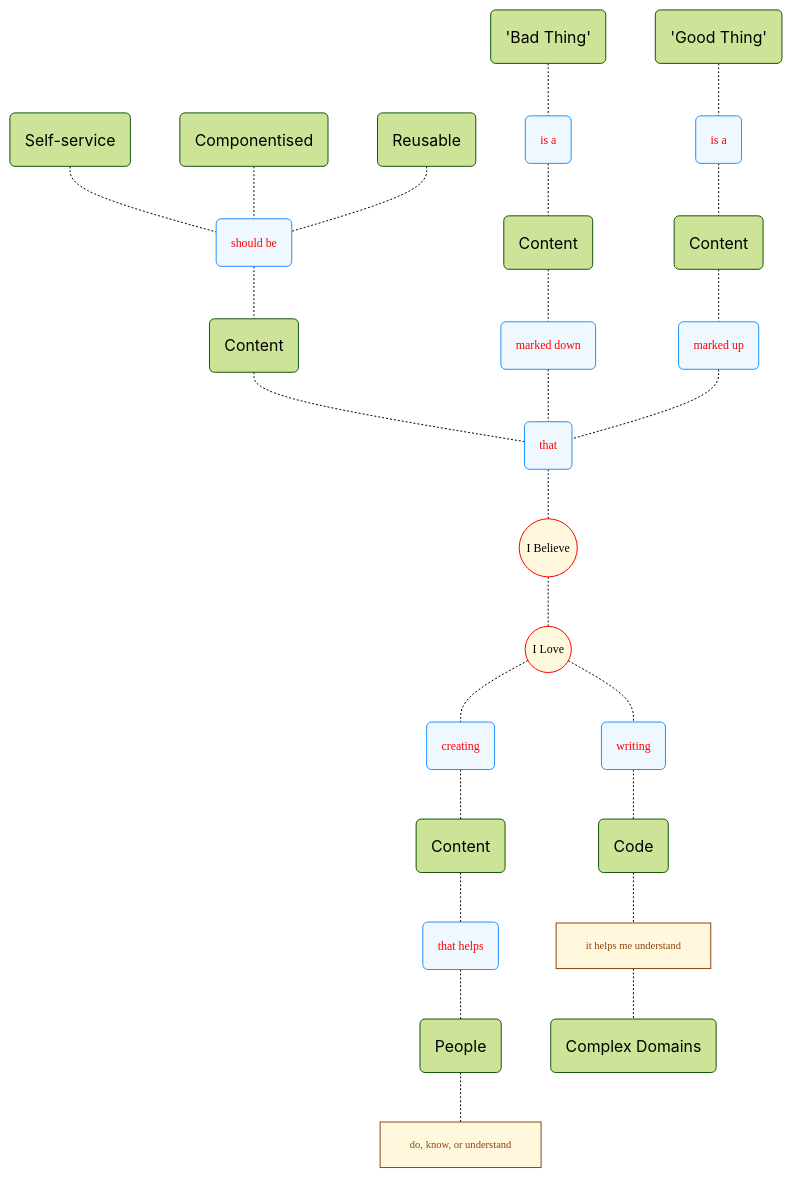
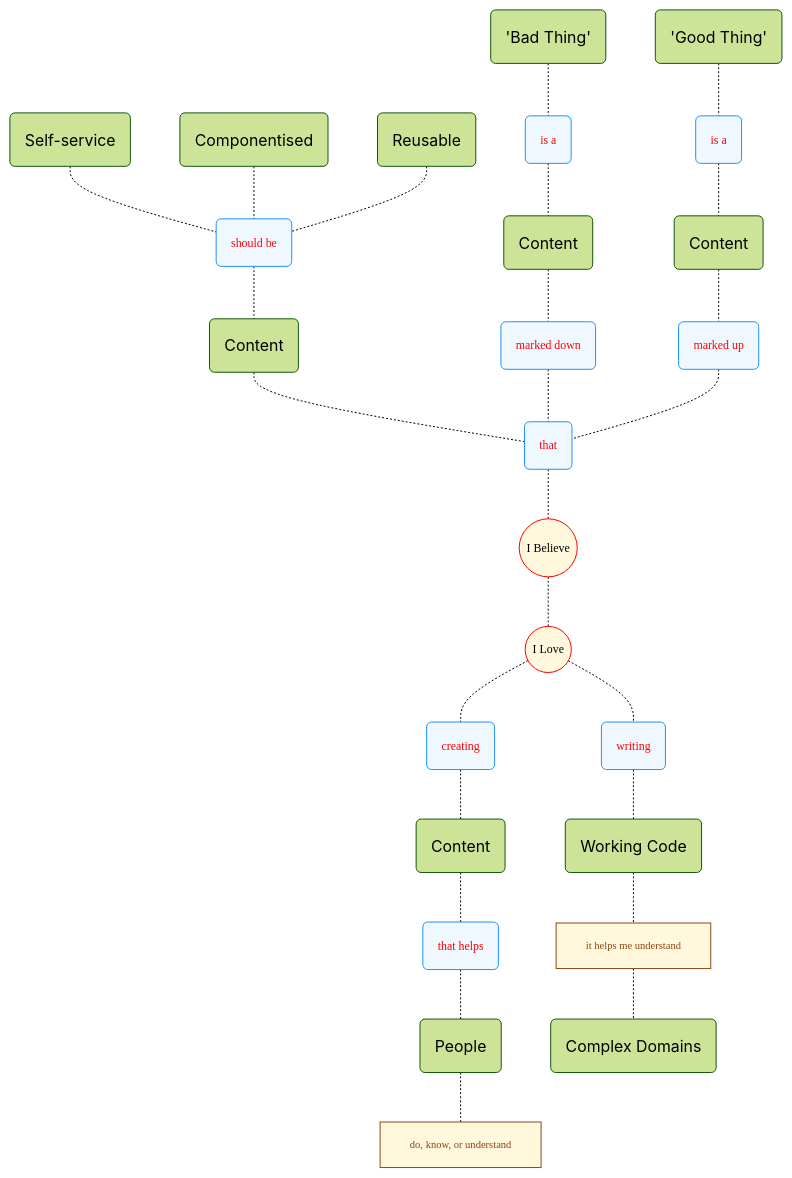
One commit to joe-dorward/samples changed the first of 2 diagrams in my_mindmap_02.md. Above: the diagram before and after it, drawn with Mermaid.

````diff
--- a/my_mindmap_02.md
+++ b/my_mindmap_02.md
@@ -1,66 +1,66 @@
 ```mermaid
 %%{init: { "theme":"forest"} }%%
 flowchart TD
   classDef Start fill:cornsilk, stroke:red, font-family:verdana, font-size:9pt;
   classDef Verb fill:aliceblue, color:red, stroke:dodgerblue, font-family:verdana, font-size:9pt;
   classDef Note fill:cornsilk, stroke:saddlebrown, color:saddlebrown, font-family:verdana, font-size:8pt, text-align:left;
 
   SELF_SERVICE("Self-service")
   COMPONENTISED("Componentised")
   REUSABLE("Reusable")
 
   CONTENT_1("Content")
 
   SHOULD_BE_1("should be")
   THAT_1("that")
 
   I_BELIEVE(("I Believe")):::Start
 
   class SHOULD_BE_1,THAT_1 Verb;
 
   SELF_SERVICE-.-SHOULD_BE_1-.-CONTENT_1-.-THAT_1-.-I_BELIEVE
   COMPONENTISED-.-SHOULD_BE_1
   REUSABLE-.-SHOULD_BE_1
 
   %% ----------
   BAD_THING("'Bad Thing'")
   IS_A_1("is a")
   CONTENT_2("Content")
   MARKED_DOWN("marked down")
 
   GOOD_THING("'Good Thing'")
   IS_A_2("is a")
   CONTENT_3("Content")
   MARKED_UP("marked up")
 
   BAD_THING-.-IS_A_1-.-CONTENT_2-.-MARKED_DOWN-.-THAT_1
   GOOD_THING-.-IS_A_2-.-CONTENT_3-.-MARKED_UP-.-THAT_1
 
   class MARKED_DOWN,IS_A_1,MARKED_UP,IS_A_2 Verb;
 
   %% ==========
   I_LOVE(("I Love")):::Start
 
   I_BELIEVE-.-I_LOVE
   %% ---------- ---------- ---------- ---------- ----------
   CREATING("creating")
   CONTENT_4("Content")
   THAT_HELPS("that helps")
   PEOPLE("People")
   DO_KNOW_UNDERSTAND["do, know, or understand"]
 
   class CREATING,THAT_HELPS Verb;
   class DO_KNOW_UNDERSTAND Note;
 
   I_LOVE-.-CREATING-.-CONTENT_4-.-THAT_HELPS-.-PEOPLE-.-DO_KNOW_UNDERSTAND
   %% ---------- ---------- ---------- ---------- ----------
   WRITING("writing")
-  CODE("Code")
+  WORKING_CODE("Working Code")
   HELPS_ME_UNDERSTAND["it helps me understand"]
   COMPLEX_DOMAINS("Complex Domains")
 
   class WRITING Verb;
   class HELPS_ME_UNDERSTAND Note;
 
-  I_LOVE-.-WRITING-.-CODE-.-HELPS_ME_UNDERSTAND-.-COMPLEX_DOMAINS
+  I_LOVE-.-WRITING-.-WORKING_CODE-.-HELPS_ME_UNDERSTAND-.-COMPLEX_DOMAINS
 ```
````
